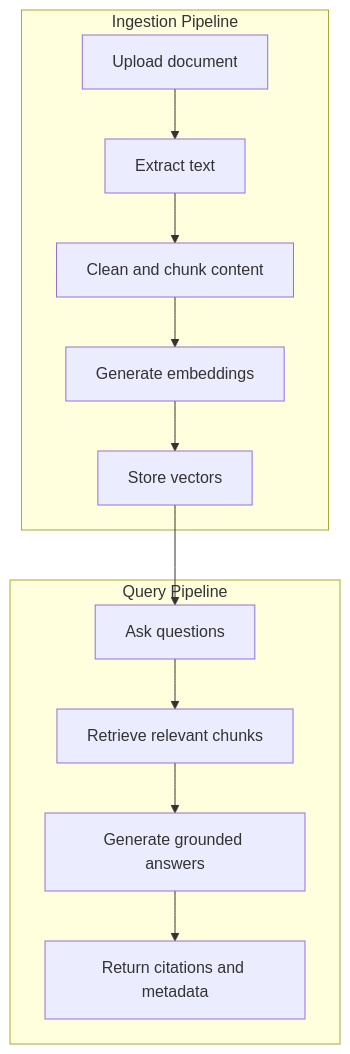
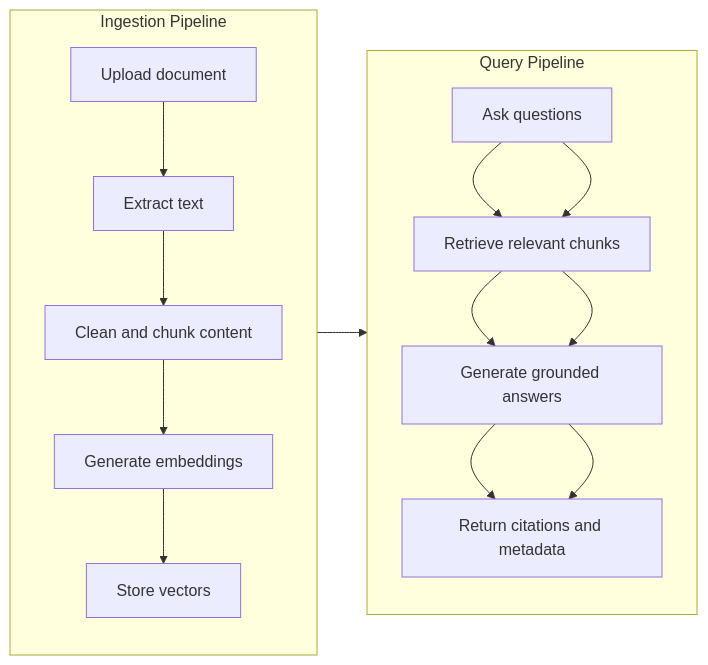
The diagram in README.md (meghrazchi/rudix), drawn with Mermaid before and after one commit.

Commit message:
docs(readme): [rudix#68] replace text workflow with mermaid ingestion/query pipeline diagram

````diff
--- a/README.md
+++ b/README.md
@@ -17,20 +17,23 @@
 ```mermaid
-flowchart TD
+flowchart LR
   subgraph Ingestion Pipeline
+    direction TB
     A[Upload document]
     B[Extract text]
     C[Clean and chunk content]
     D[Generate embeddings]
     E[Store vectors]
+    A --> B --> C --> D --> E
   end
 
   subgraph Query Pipeline
+    direction TB
     F[Ask questions]
     G[Retrieve relevant chunks]
     H[Generate grounded answers]
     I[Return citations and metadata]
+    F --> G --> H --> I
   end
 
-  A --> B --> C --> D --> E
   E --> F --> G --> H --> I
 ```
````
